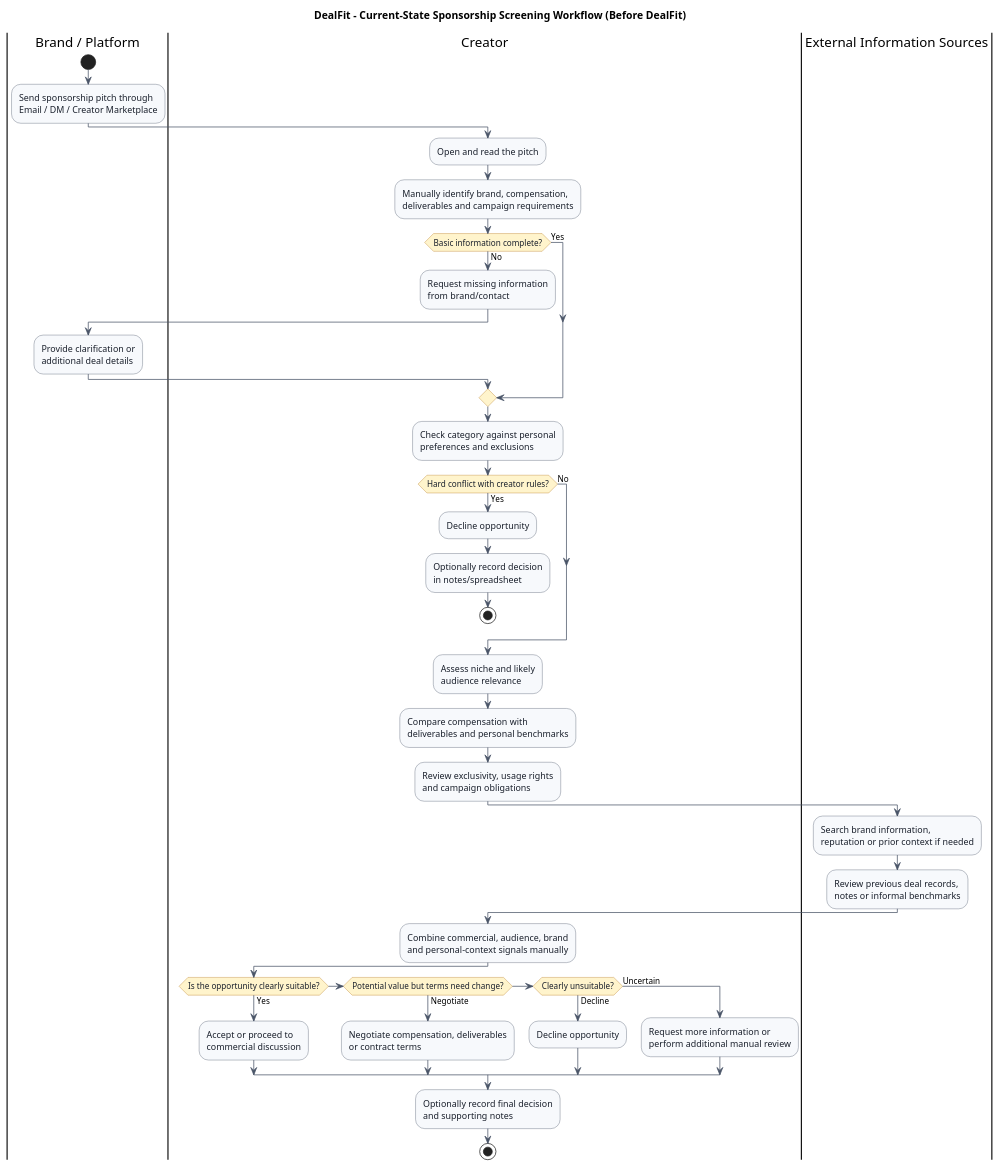
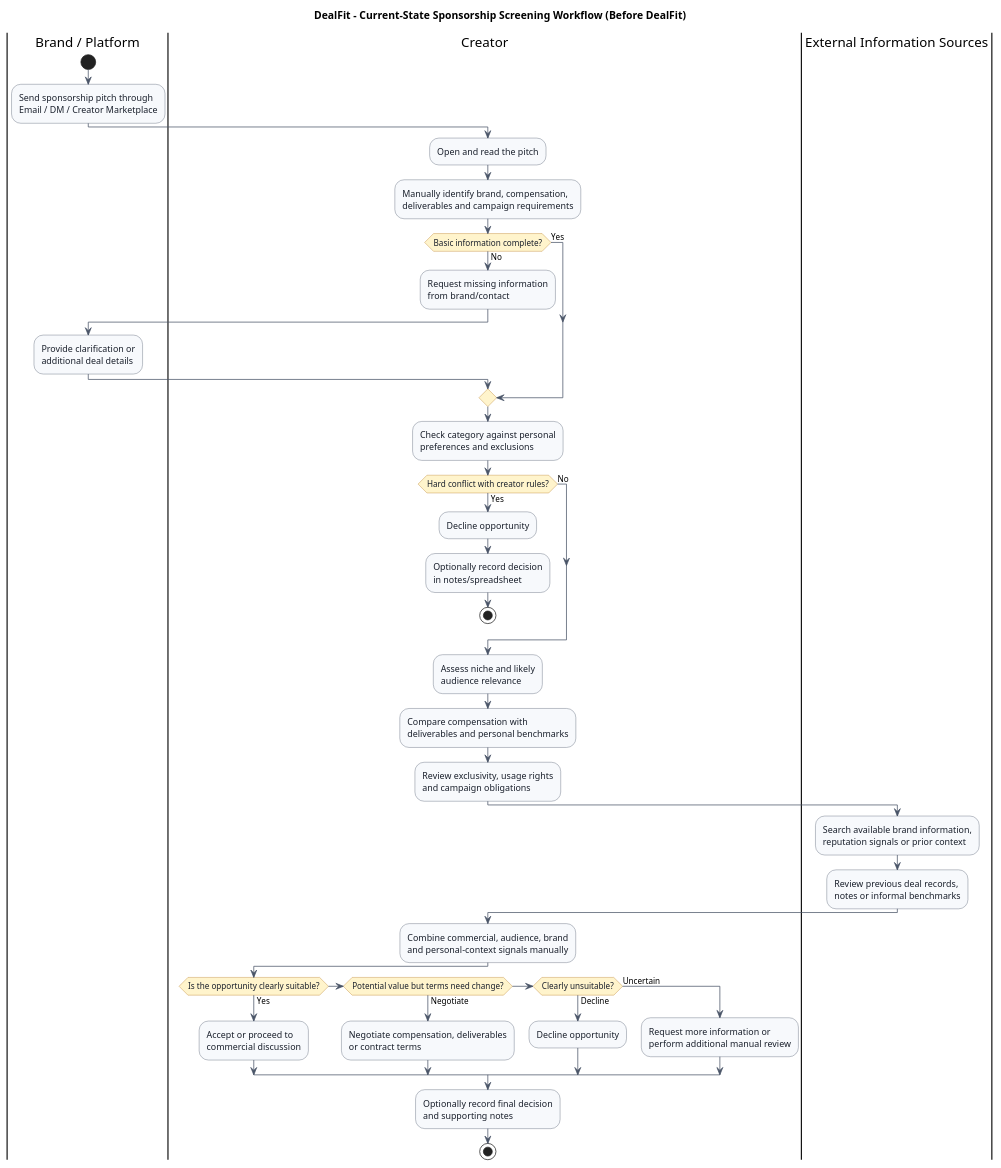
The diagram in Appendix/Workflows/Current_State_Workflow.puml (MAIP2026July/TEAM008), drawn with PlantUML before and after one commit.

```diff
--- a/Appendix/Workflows/Current_State_Workflow.puml
+++ b/Appendix/Workflows/Current_State_Workflow.puml
@@ -1,64 +1,64 @@
 @startuml
 
 title DealFit - Current-State Sponsorship Screening Workflow (Before DealFit)
 
 skinparam backgroundColor white
 skinparam activity {
   BackgroundColor #F7F9FC
   BorderColor #4A5568
   FontColor #1A202C
   DiamondBackgroundColor #FFF4CC
   DiamondBorderColor #B7791F
 }
 skinparam ArrowColor #4A5568
 
 |Brand / Platform|
 start
 :Send sponsorship pitch through\nEmail / DM / Creator Marketplace;
 
 |Creator|
 :Open and read the pitch;
 :Manually identify brand, compensation,\ndeliverables and campaign requirements;
 
 if (Basic information complete?) then (Yes)
 else (No)
   :Request missing information\nfrom brand/contact;
   |Brand / Platform|
   :Provide clarification or\nadditional deal details;
   |Creator|
 endif
 
 :Check category against personal\npreferences and exclusions;
 
 if (Hard conflict with creator rules?) then (Yes)
   :Decline opportunity;
   :Optionally record decision\nin notes/spreadsheet;
   stop
 else (No)
 endif
 
 :Assess niche and likely\naudience relevance;
 :Compare compensation with\ndeliverables and personal benchmarks;
 :Review exclusivity, usage rights\nand campaign obligations;
 
 |External Information Sources|
-:Search brand information,\nreputation or prior context if needed;
+:Search available brand information,\nreputation signals or prior context;
 :Review previous deal records,\nnotes or informal benchmarks;
 
 |Creator|
 :Combine commercial, audience, brand\nand personal-context signals manually;
 
 if (Is the opportunity clearly suitable?) then (Yes)
   :Accept or proceed to\ncommercial discussion;
 elseif (Potential value but terms need change?) then (Negotiate)
   :Negotiate compensation, deliverables\nor contract terms;
 elseif (Clearly unsuitable?) then (Decline)
   :Decline opportunity;
 else (Uncertain)
   :Request more information or\nperform additional manual review;
 endif
 
 :Optionally record final decision\nand supporting notes;
 stop
 
 @enduml
```
